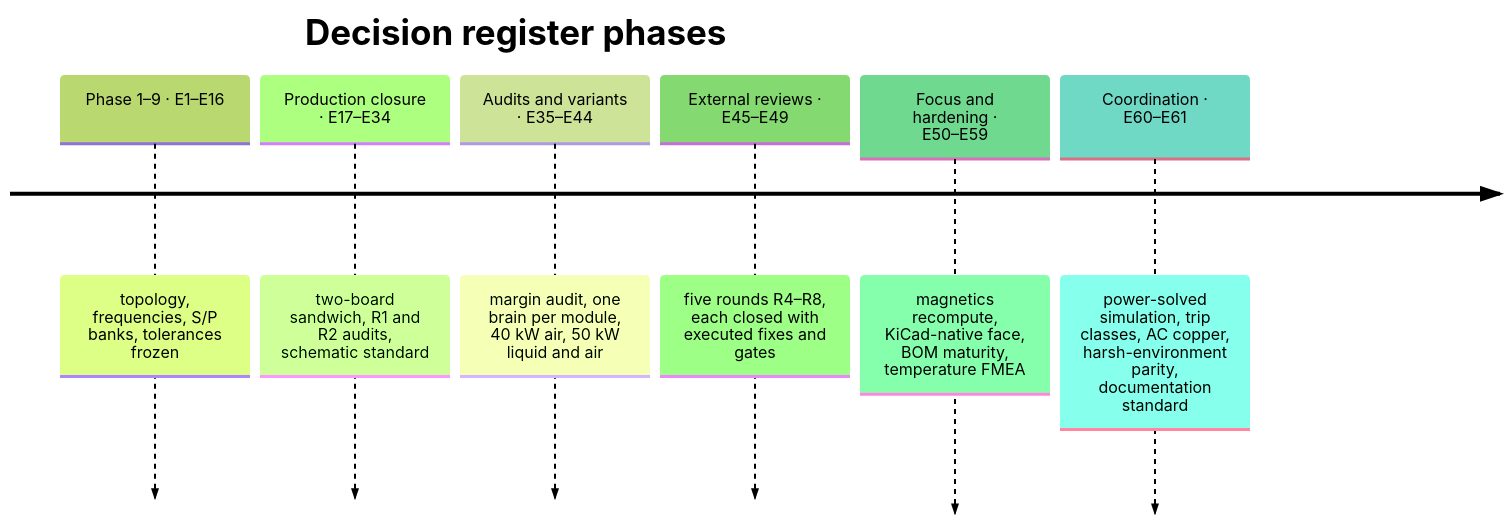
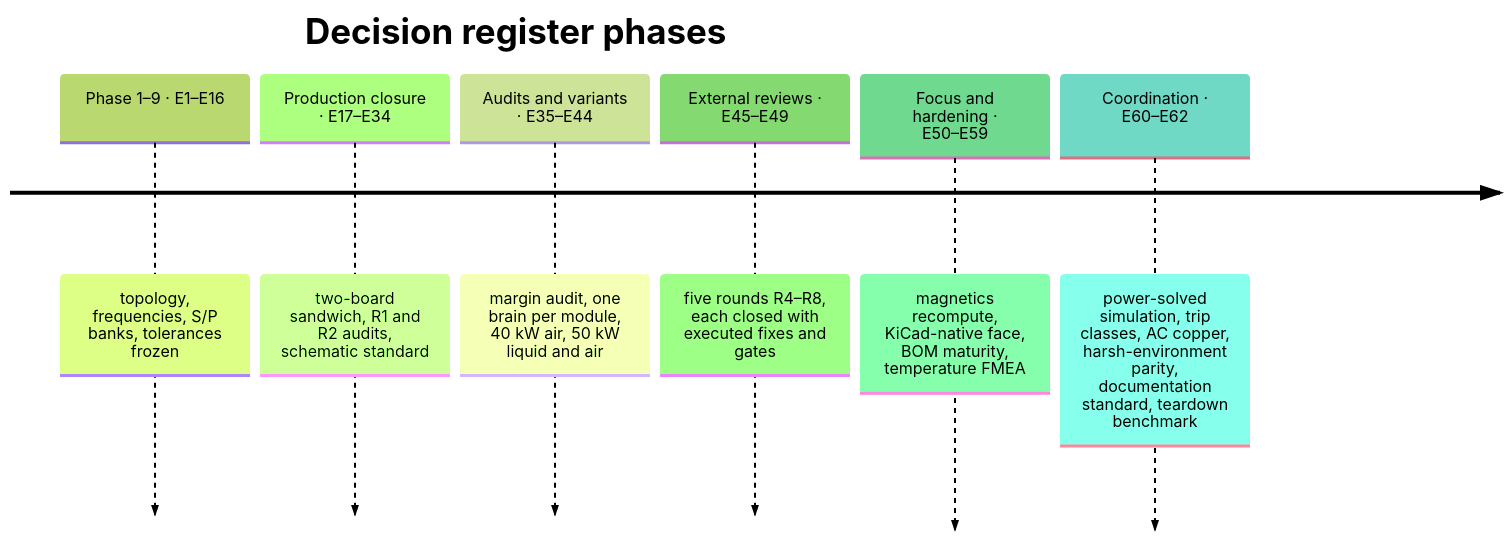
Before and after one commit to vectivolt/DC-Modules: the fourth of 4 diagrams in docs/architecture.md, drawn with Mermaid (forest theme). The commit also changed other lines of this file and 4 other files, not shown here.

````diff
--- a/docs/architecture.md
+++ b/docs/architecture.md
@@ -181,10 +181,10 @@
 ```mermaid
 timeline
   title Decision register phases
   Phase 1–9 · E1–E16 : topology, frequencies, S/P banks, tolerances frozen
   Production closure · E17–E34 : two-board sandwich, R1 and R2 audits, schematic standard
   Audits and variants · E35–E44 : margin audit, one brain per module, 40 kW air, 50 kW liquid and air
   External reviews · E45–E49 : five rounds R4–R8, each closed with executed fixes and gates
   Focus and hardening · E50–E59 : magnetics recompute, KiCad-native face, BOM maturity, temperature FMEA
-  Coordination · E60–E61 : power-solved simulation, trip classes, AC copper, harsh-environment parity, documentation standard
+  Coordination · E60–E62 : power-solved simulation, trip classes, AC copper, harsh-environment parity, documentation standard, teardown benchmark
 ```
````
